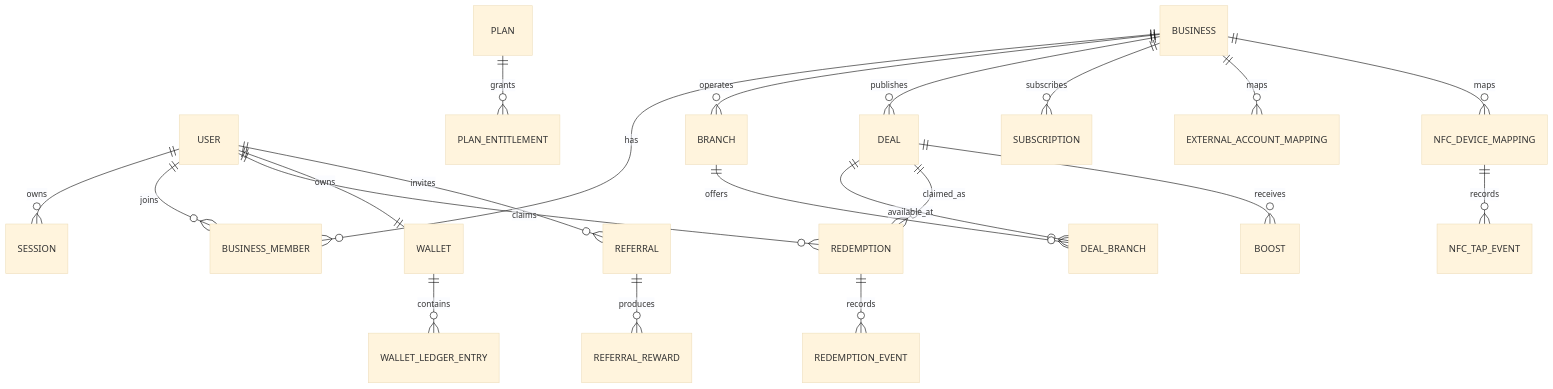
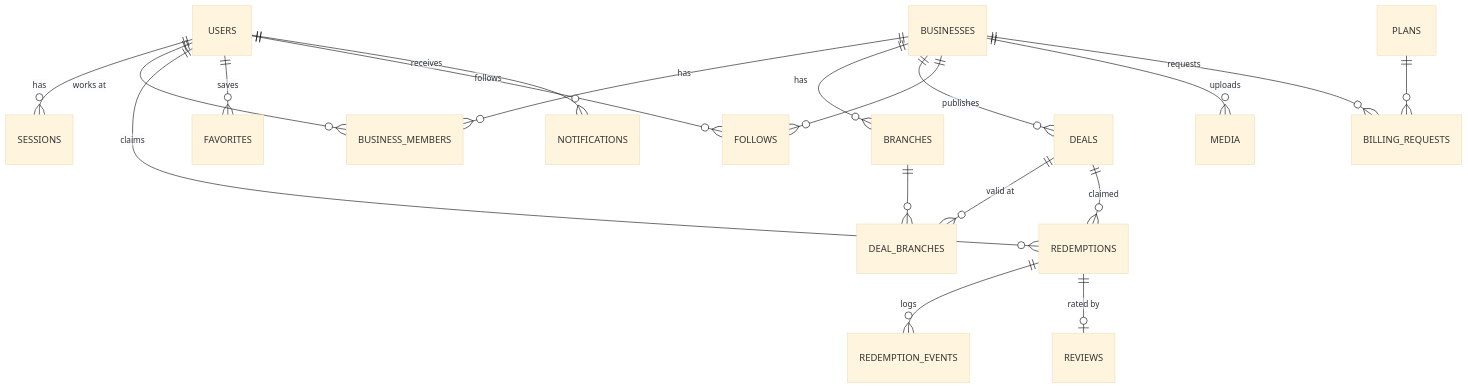
The diagram in docs/database-model.md (davlatsudekspert/BugunBor), drawn with Mermaid (base theme) before and after one commit. The commit also changed other lines of this file and 24 other files, not shown here.

````diff
--- a/docs/database-model.md
+++ b/docs/database-model.md
@@ -5,23 +5,21 @@
 ```mermaid
 erDiagram
-  USER ||--o{ SESSION : owns
-  USER ||--o{ BUSINESS_MEMBER : joins
-  BUSINESS ||--o{ BUSINESS_MEMBER : has
-  BUSINESS ||--o{ BRANCH : operates
-  BUSINESS ||--o{ DEAL : publishes
-  DEAL ||--o{ DEAL_BRANCH : available_at
-  BRANCH ||--o{ DEAL_BRANCH : offers
-  DEAL ||--o{ REDEMPTION : claimed_as
-  USER ||--o{ REDEMPTION : claims
-  REDEMPTION ||--o{ REDEMPTION_EVENT : records
-  USER ||--|| WALLET : owns
-  WALLET ||--o{ WALLET_LEDGER_ENTRY : contains
-  PLAN ||--o{ PLAN_ENTITLEMENT : grants
-  BUSINESS ||--o{ SUBSCRIPTION : subscribes
-  DEAL ||--o{ BOOST : receives
-  USER ||--o{ REFERRAL : invites
-  REFERRAL ||--o{ REFERRAL_REWARD : produces
-  BUSINESS ||--o{ EXTERNAL_ACCOUNT_MAPPING : maps
-  BUSINESS ||--o{ NFC_DEVICE_MAPPING : maps
-  NFC_DEVICE_MAPPING ||--o{ NFC_TAP_EVENT : records
+  USERS ||--o{ SESSIONS : has
+  USERS ||--o{ BUSINESS_MEMBERS : "works at"
+  BUSINESSES ||--o{ BUSINESS_MEMBERS : has
+  BUSINESSES ||--o{ BRANCHES : has
+  BUSINESSES ||--o{ DEALS : publishes
+  DEALS ||--o{ DEAL_BRANCHES : "valid at"
+  BRANCHES ||--o{ DEAL_BRANCHES : ""
+  DEALS ||--o{ REDEMPTIONS : claimed
+  USERS ||--o{ REDEMPTIONS : claims
+  REDEMPTIONS ||--o{ REDEMPTION_EVENTS : logs
+  REDEMPTIONS ||--o| REVIEWS : "rated by"
+  USERS ||--o{ FAVORITES : saves
+  USERS ||--o{ FOLLOWS : follows
+  BUSINESSES ||--o{ FOLLOWS : ""
+  USERS ||--o{ NOTIFICATIONS : receives
+  BUSINESSES ||--o{ MEDIA : uploads
+  BUSINESSES ||--o{ BILLING_REQUESTS : requests
+  PLANS ||--o{ BILLING_REQUESTS : ""
 ```
````
